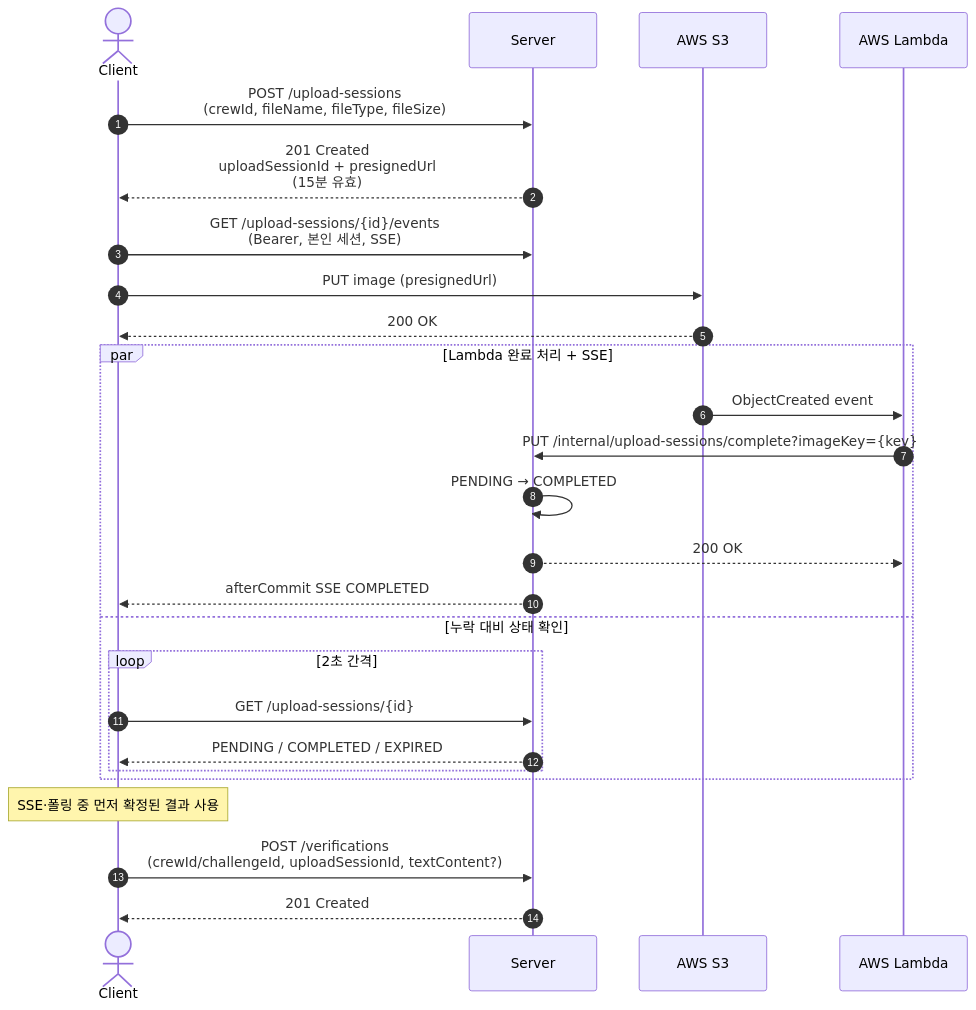
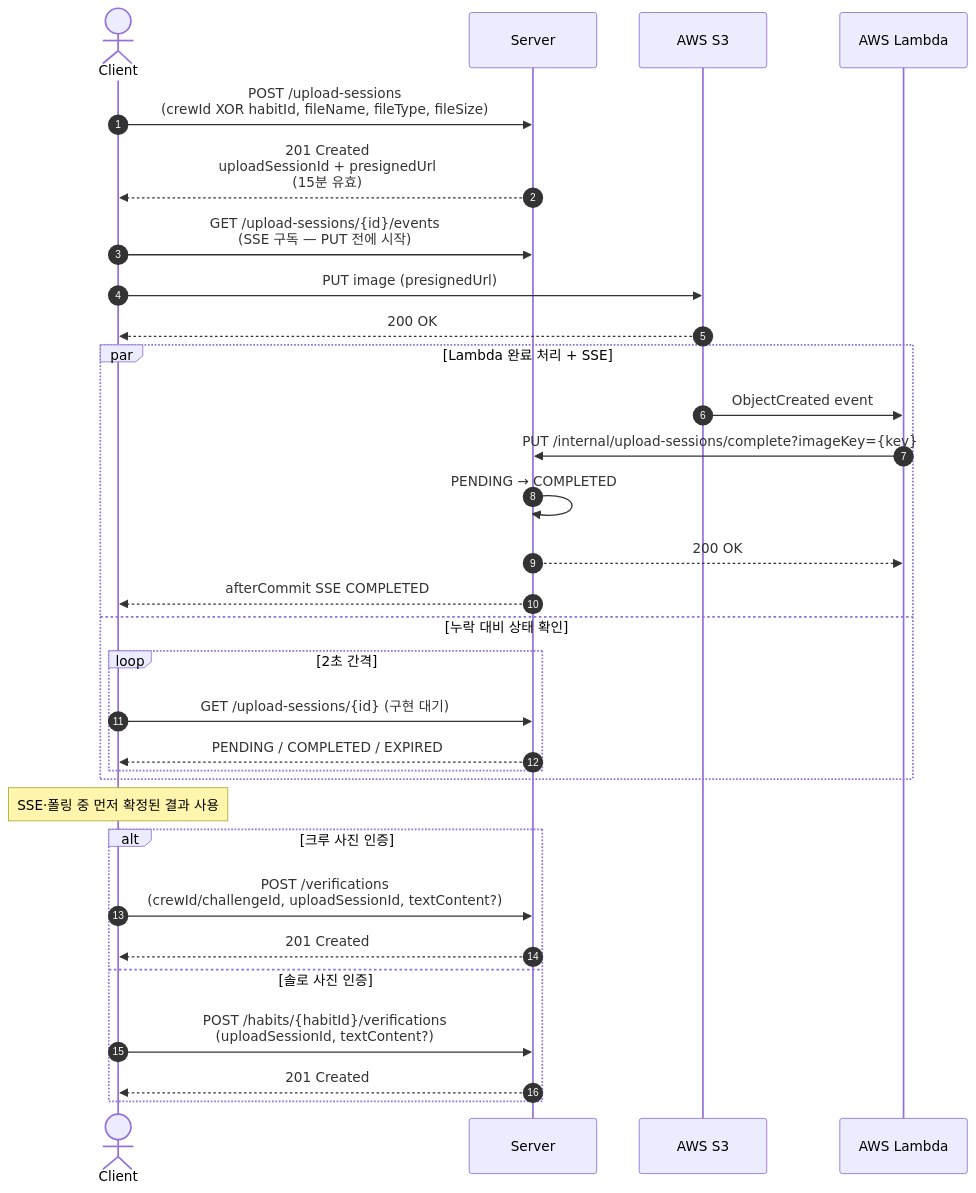
Before and after one commit to JianYang98/TriAgain: the first of 4 diagrams in docs/spec/sequence/verification.md, drawn with Mermaid. The commit also changed other lines of this file and 8 other files, not shown here.

First line of the commit message:
docs: apply PR #164 review — align upload flow, notification gates, canonical ownership

````diff
--- a/docs/spec/sequence/verification.md
+++ b/docs/spec/sequence/verification.md
@@ -7,32 +7,37 @@
 ```mermaid
 sequenceDiagram
     autonumber
     actor Client
     participant Server
     participant S3 as AWS S3
     participant Lambda as AWS Lambda
 
-    Client->>Server: POST /upload-sessions<br/>(crewId, fileName, fileType, fileSize)
+    Client->>Server: POST /upload-sessions<br/>(crewId XOR habitId, fileName, fileType, fileSize)
     Server-->>Client: 201 Created<br/>uploadSessionId + presignedUrl<br/>(15분 유효)
 
-    Client->>Server: GET /upload-sessions/{id}/events<br/>(Bearer, 본인 세션, SSE)
+    Client->>Server: GET /upload-sessions/{id}/events<br/>(SSE 구독 — PUT 전에 시작)
     Client->>S3: PUT image (presignedUrl)
     S3-->>Client: 200 OK
 
     par Lambda 완료 처리 + SSE
         S3->>Lambda: ObjectCreated event
         Lambda->>Server: PUT /internal/upload-sessions/complete?imageKey={key}
         Server->>Server: PENDING → COMPLETED
         Server-->>Lambda: 200 OK
         Server-->>Client: afterCommit SSE COMPLETED
     and 누락 대비 상태 확인
         loop 2초 간격
-            Client->>Server: GET /upload-sessions/{id}
+            Client->>Server: GET /upload-sessions/{id} (구현 대기)
             Server-->>Client: PENDING / COMPLETED / EXPIRED
         end
     end
 
     Note over Client: SSE·폴링 중 먼저 확정된 결과 사용
-    Client->>Server: POST /verifications<br/>(crewId/challengeId, uploadSessionId, textContent?)
-    Server-->>Client: 201 Created
+    alt 크루 사진 인증
+        Client->>Server: POST /verifications<br/>(crewId/challengeId, uploadSessionId, textContent?)
+        Server-->>Client: 201 Created
+    else 솔로 사진 인증
+        Client->>Server: POST /habits/{habitId}/verifications<br/>(uploadSessionId, textContent?)
+        Server-->>Client: 201 Created
+    end
 ```
````
